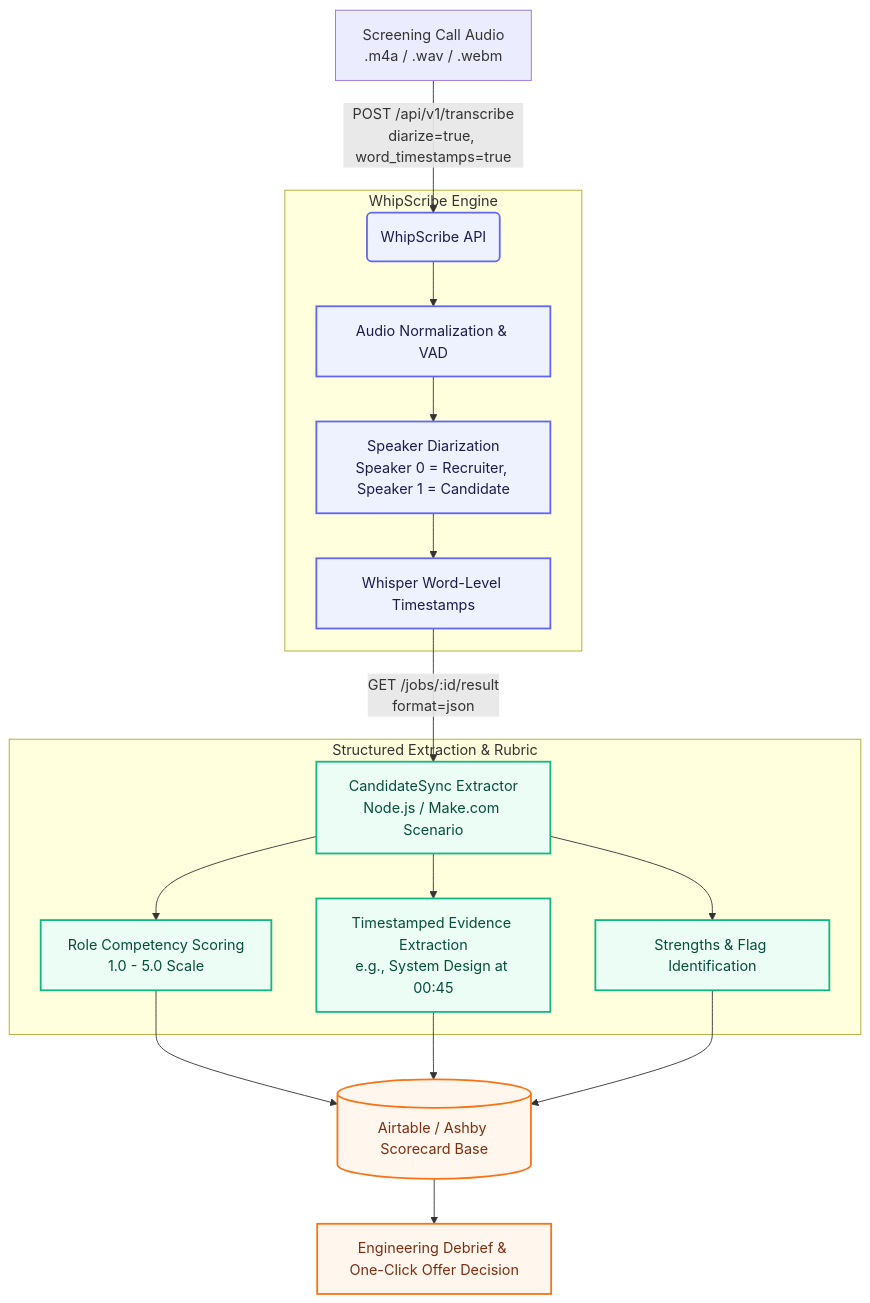
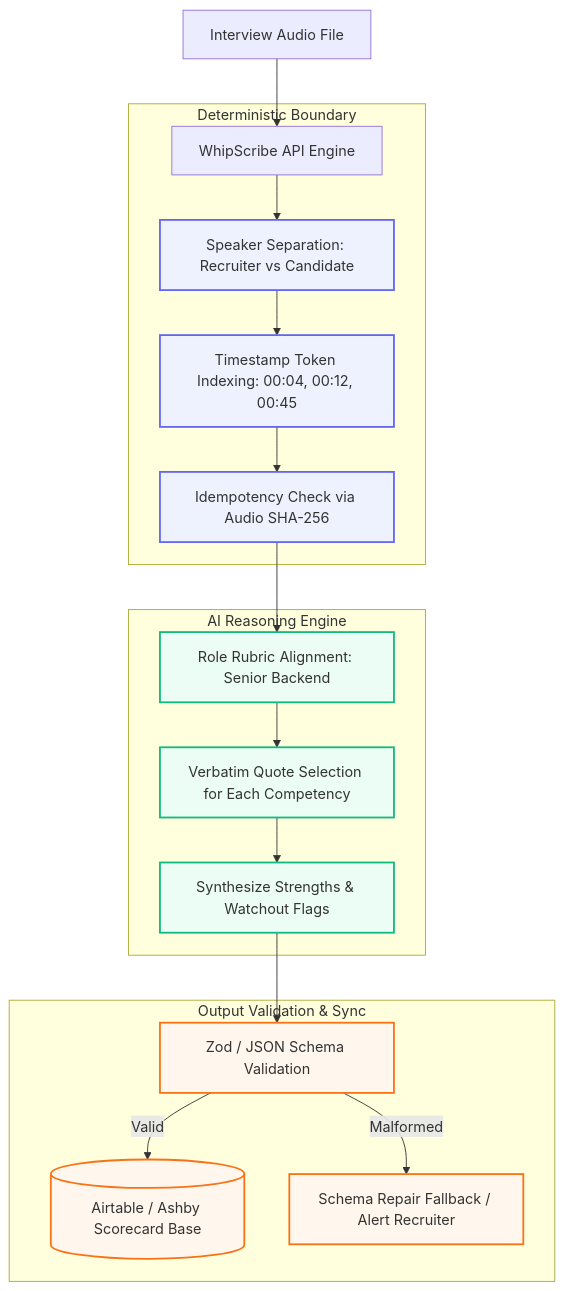
Before and after one commit to FARINATTAR/whipscribe-buildathon: the diagram in apps/farin/track4-workflow/README.md, drawn with Mermaid. The commit also changed other lines of this file, not shown here.

Commit message:
docs(candidate-sync): expand architecture, failure states, guardrails, and future scope

````diff
--- a/apps/farin/track4-workflow/README.md
+++ b/apps/farin/track4-workflow/README.md
@@ -32,28 +90,29 @@
 ```mermaid
 flowchart TD
-    A[Screening Call Audio\n.m4a / .wav / .webm] -->|POST /api/v1/transcribe\ndiarize=true, word_timestamps=true| B(WhipScribe API)
+    A[Interview Audio File] --> B[WhipScribe API Engine]
     
-    subgraph WhipScribe Engine
-        B --> C[Audio Normalization & VAD]
-        C --> D[Speaker Diarization\nSpeaker 0 = Recruiter, Speaker 1 = Candidate]
-        D --> E[Whisper Word-Level Timestamps]
+    subgraph Deterministic Boundary
+        B --> C[Speaker Separation: Recruiter vs Candidate]
+        C --> D[Timestamp Token Indexing: 00:04, 00:12, 00:45]
+        D --> E[Idempotency Check via Audio SHA-256]
     end
     
-    E -->|GET /jobs/:id/result\nformat=json| F[CandidateSync Extractor\nNode.js / Make.com Scenario]
-    
-    subgraph Structured Extraction & Rubric
-        F --> G[Role Competency Scoring\n1.0 - 5.0 Scale]
-        F --> H[Timestamped Evidence Extraction\ne.g., System Design at 00:45]
-        F --> I[Strengths & Flag Identification]
+    subgraph AI Reasoning Engine
+        E --> F[Role Rubric Alignment: Senior Backend]
+        F --> G[Verbatim Quote Selection for Each Competency]
+        G --> H[Synthesize Strengths & Watchout Flags]
     end
     
-    G & H & I --> J[(Airtable / Ashby Scorecard Base)]
-    J --> K[Engineering Debrief & One-Click Offer Decision]
+    subgraph Output Validation & Sync
+        H --> I[Zod / JSON Schema Validation]
+        I -->|Valid| J[(Airtable / Ashby Scorecard Base)]
+        I -->|Malformed| K[Schema Repair Fallback / Alert Recruiter]
+    end
 
-    classDef ws fill:#eef2ff,stroke:#6366f1,stroke-width:2px,color:#1e1b4b;
-    classDef sync fill:#ecfdf5,stroke:#10b981,stroke-width:2px,color:#064e3b;
-    classDef out fill:#fff7ed,stroke:#f97316,stroke-width:2px,color:#7c2d12;
-    class B,C,D,E ws;
-    class F,G,H,I sync;
-    class J,K out;
+    classDef det fill:#eef2ff,stroke:#6366f1,stroke-width:2px;
+    classDef ai fill:#ecfdf5,stroke:#10b981,stroke-width:2px;
+    classDef out fill:#fff7ed,stroke:#f97316,stroke-width:2px;
+    class C,D,E det;
+    class F,G,H ai;
+    class I,J,K out;
 ```
````
